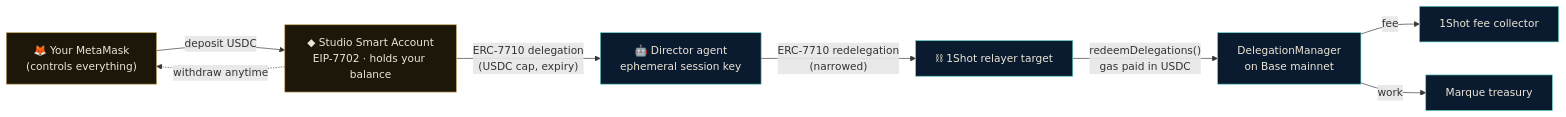
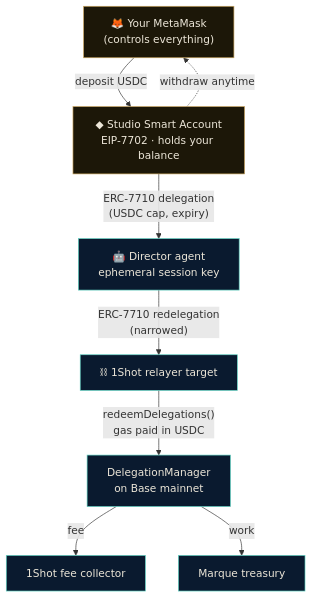
The first of 3 diagrams in README.md (wildanrhmn/marque.run), drawn with Mermaid before and after one commit.

Commit message:
docs: top-down money & trust diagram so nodes stay readable

````diff
--- a/README.md
+++ b/README.md
@@ -42,15 +42,15 @@
 ```mermaid
-flowchart LR
+flowchart TD
     MM["🦊 Your MetaMask<br/>(controls everything)"] -->|deposit USDC| SA["◆ Studio Smart Account<br/>EIP-7702 · holds your balance"]
     SA -->|"ERC-7710 delegation<br/>(USDC cap, expiry)"| DIR["🤖 Director agent<br/>ephemeral session key"]
     DIR -->|"ERC-7710 redelegation<br/>(narrowed)"| RLY["⛓ 1Shot relayer target"]
     RLY -->|"redeemDelegations()<br/>gas paid in USDC"| DM["DelegationManager<br/>on Base mainnet"]
     DM -->|fee| FC["1Shot fee collector"]
     DM -->|work| TR["Marque treasury"]
     SA -.->|withdraw anytime| MM
 
     classDef user fill:#1c1708,stroke:#c9a45c,color:#ece6d8
     classDef chain fill:#0a1a2f,stroke:#5fd4c4,color:#ece6d8
     class MM,SA user
     class DIR,RLY,DM,FC,TR chain
 ```
````
